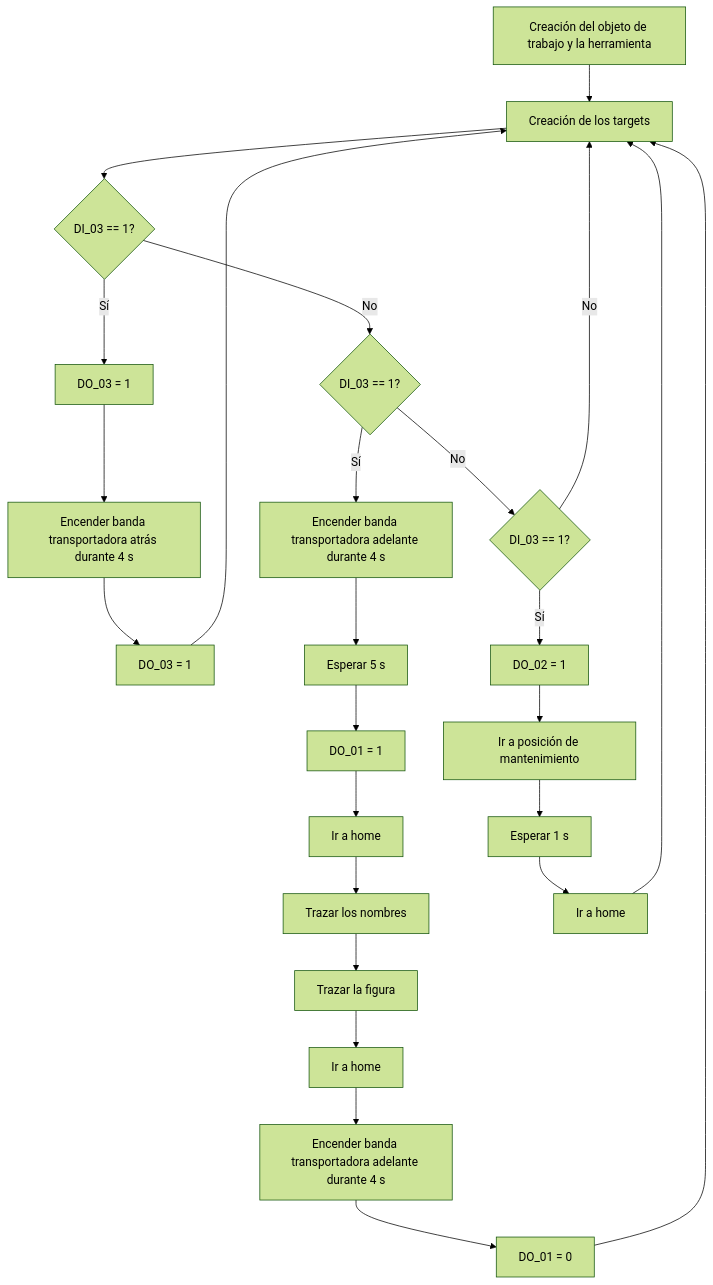
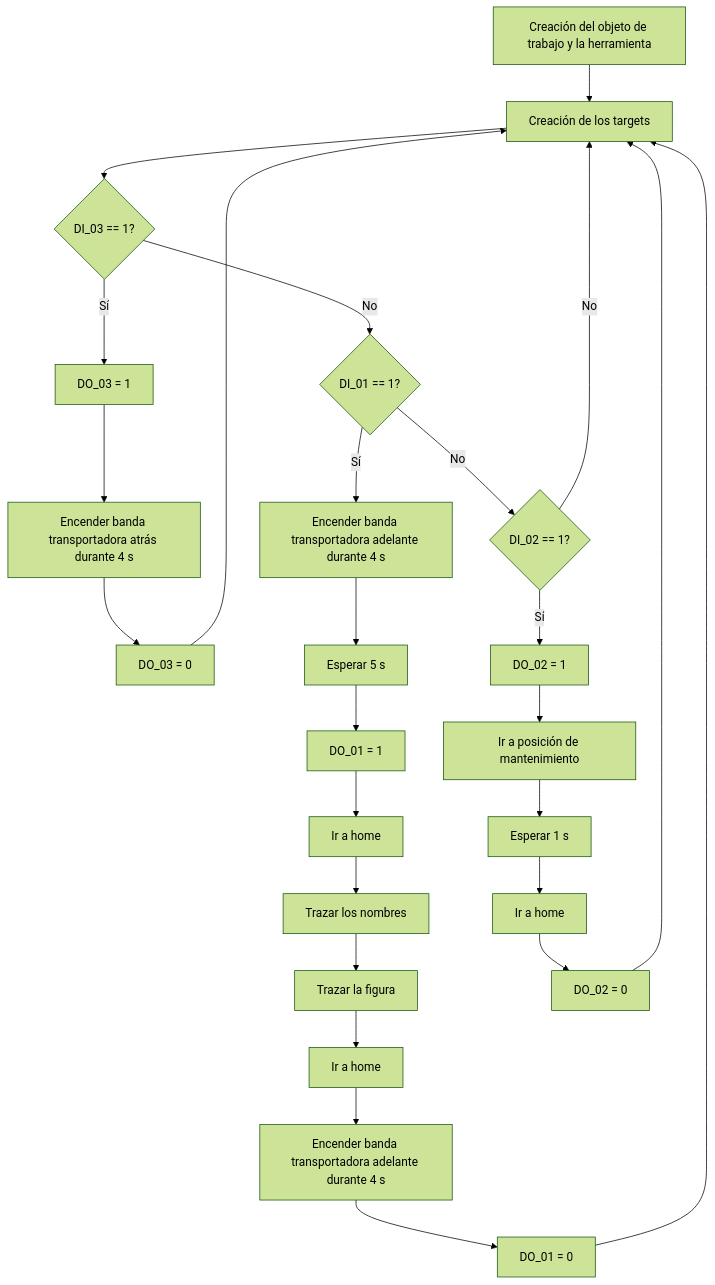
One commit to labsir-un/Robotica-2026-I-Equipo-2A-Monroy-Saenz changed the diagram in Laboratorio No. 01 - Robótica Industrial ABB IRB140 y RobotStudio/README.MD. Above: the diagram before and after it, drawn with Mermaid (forest theme). The commit also changed other lines of this file, not shown here.

Commit message:
Modificación errores diagrama de flujo y vinculo vid de yt

````diff
--- a/Laboratorio No. 01 - Robótica Industrial ABB IRB140 y RobotStudio/README.MD
+++ b/Laboratorio No. 01 - Robótica Industrial ABB IRB140 y RobotStudio/README.MD
@@ -100,38 +100,38 @@
 ```mermaid
 flowchart TB
 
 A["Creación del objeto de trabajo y la herramienta"] --> B["Creación de los targets"]
 
 B --> C{"DI_03 == 1?"}
 
 %% Rama izquierda (retroceso banda)
 C -- Sí --> D["DO_03 = 1"]
 D --> E["Encender banda transportadora atrás durante 4 s"]
-E --> F["DO_03 = 1"]
+E --> F["DO_03 = 0"]
 F --> B
 
 %% Rama central (proceso principal)
-C -- No --> G{"DI_03 == 1?"}
+C -- No --> G{"DI_01 == 1?"}
 
 G -- Sí --> H["Encender banda transportadora adelante durante 4 s"]
 H --> I["Esperar 5 s"]
 I --> J["DO_01 = 1"]
 J --> K["Ir a home"]
 K --> L["Trazar los nombres"]
 L --> M["Trazar la figura"]
 M --> N["Ir a home"]
 N --> O["Encender banda transportadora adelante durante 4 s"]
 O --> P["DO_01 = 0"]
 P --> B
 
 %% Rama derecha (mantenimiento)
-G -- No --> Q{"DI_03 == 1?"}
+G -- No --> Q{"DI_02 == 1?"}
 
 Q -- Sí --> R["DO_02 = 1"]
 R --> S["Ir a posición de mantenimiento"]
 S --> T["Esperar 1 s"]
 T --> U["Ir a home"]
-U --> B
-
+U --> W["DO_02 = 0"]
+W --> B
 Q -- No --> B
 ```
````
